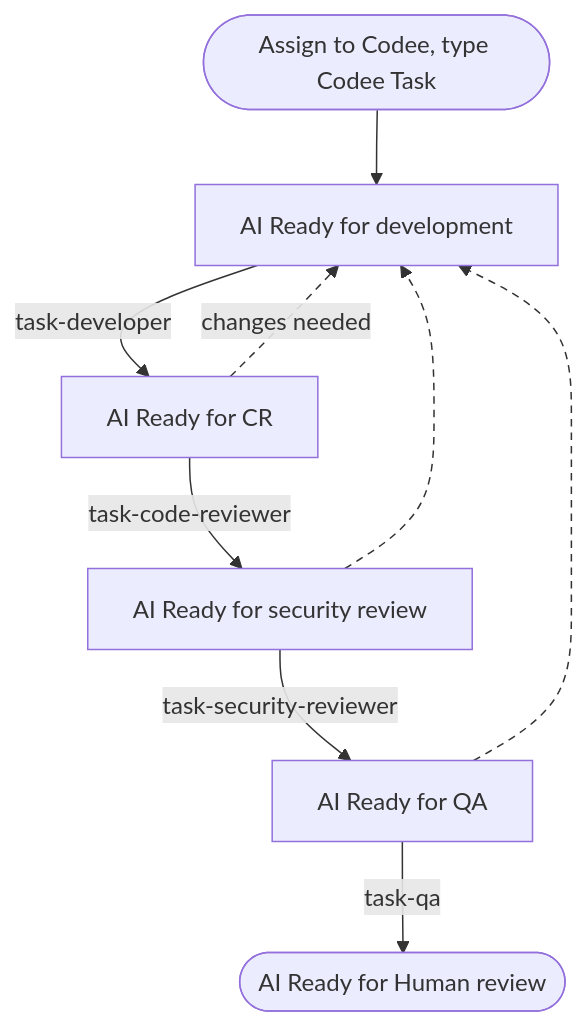
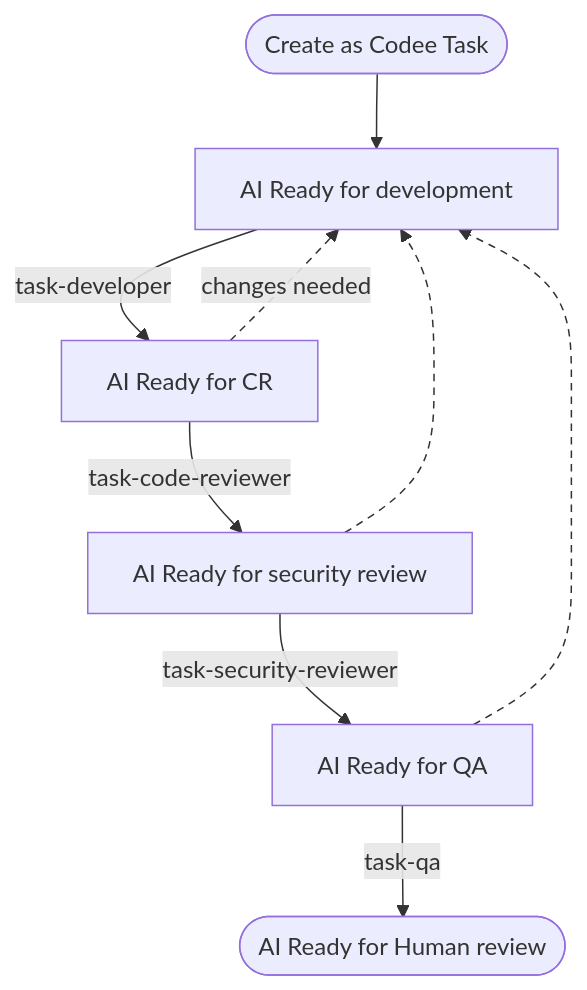
One commit to fusebase-dev/codee changed the second of 2 diagrams in docs/docs/tutorials/working-on-tasks-in-azure-devops.mdx. Above: the diagram before and after it, drawn with Mermaid. The commit also changed other lines of this file and 9 other files, not shown here.

````diff
--- a/docs/docs/tutorials/working-on-tasks-in-azure-devops.mdx
+++ b/docs/docs/tutorials/working-on-tasks-in-azure-devops.mdx
@@ -477,15 +498,15 @@
 ```mermaid
 flowchart TD
-    start([Assign to Codee, type Codee Task]) --> dev[AI Ready for development]
+    start([Create as Codee Task]) --> dev[AI Ready for development]
     dev -->|task-developer| cr[AI Ready for CR]
     cr -->|task-code-reviewer| sec[AI Ready for security review]
     sec -->|task-security-reviewer| qa[AI Ready for QA]
     qa -->|task-qa| done([AI Ready for Human review])
     cr -.->|changes needed| dev
     sec -.-> dev
     qa -.-> dev
 
     class start,done human
     class dev,cr,sec,qa codee
     linkStyle 5,6,7 stroke-dasharray: 5 4
 ```
````
